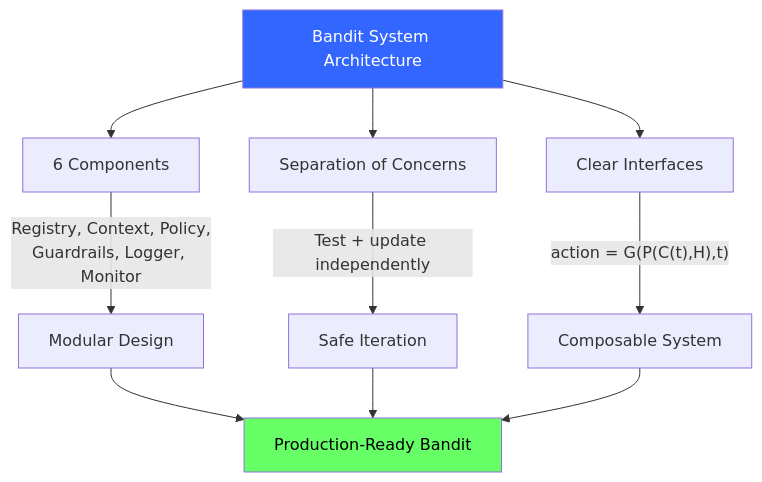
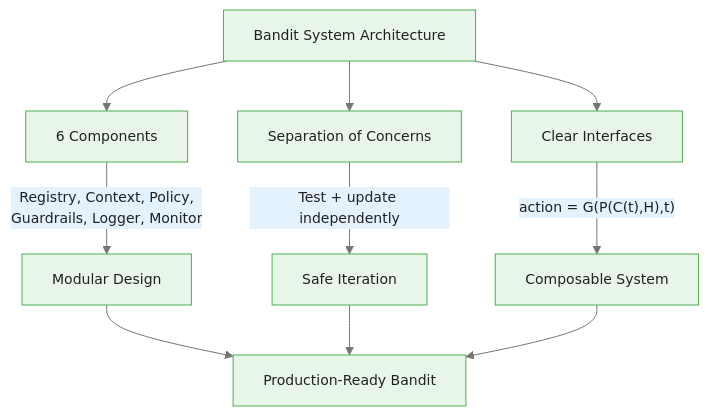
The fourth of 4 diagrams in courses/multi-armed-bandits-ab-testing/modules/module_07_production_systems/guides/01_bandit_system_architecture_slides.md (m-deane/course-creator), drawn with Mermaid before and after one commit. The commit also changed other lines of this file and 146 other files, not shown here.

````diff
--- a/courses/multi-armed-bandits-ab-testing/modules/module_07_production_systems/guides/01_bandit_system_architecture_slides.md
+++ b/courses/multi-armed-bandits-ab-testing/modules/module_07_production_systems/guides/01_bandit_system_architecture_slides.md
@@ -242,17 +282,15 @@
 ```mermaid
+%%{init: {"theme": "base", "themeVariables": {"primaryColor": "#e8f5e9", "primaryBorderColor": "#4caf50", "primaryTextColor": "#212121", "secondaryColor": "#e3f2fd", "tertiaryColor": "#fff8e1", "lineColor": "#757575", "fontFamily": "Inter, sans-serif", "fontSize": "14px"}}}%%
 flowchart TD
     BSA["Bandit System Architecture"] --> Components["6 Components"]
     BSA --> Separation["Separation of Concerns"]
     BSA --> Interfaces["Clear Interfaces"]
 
     Components --> |"Registry, Context, Policy,<br/>Guardrails, Logger, Monitor"| Modular["Modular Design"]
     Separation --> |"Test + update independently"| Safe["Safe Iteration"]
     Interfaces --> |"action = G(P(C(t),H),t)"| Composable["Composable System"]
 
     Modular --> Production["Production-Ready Bandit"]
     Safe --> Production
     Composable --> Production
-
-    style BSA fill:#36f,color:#fff
-    style Production fill:#6f6,color:#000
 ```
````
